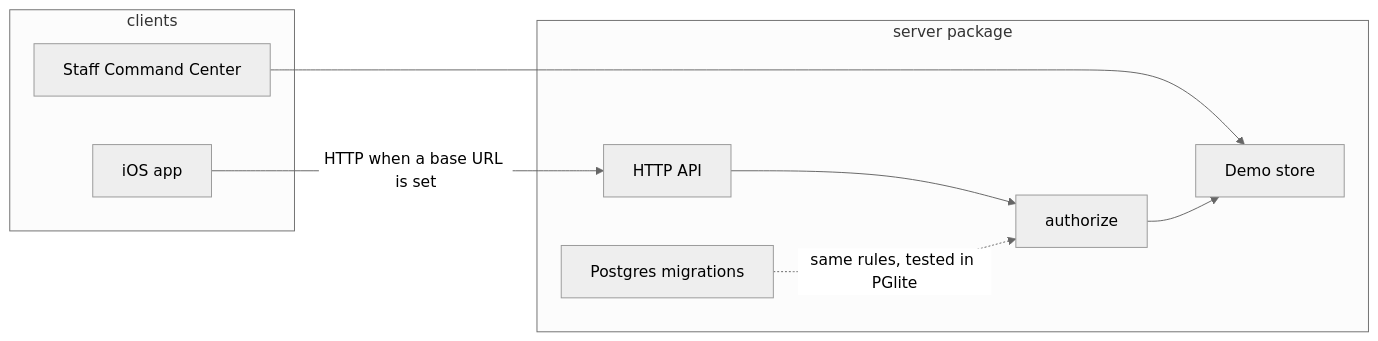
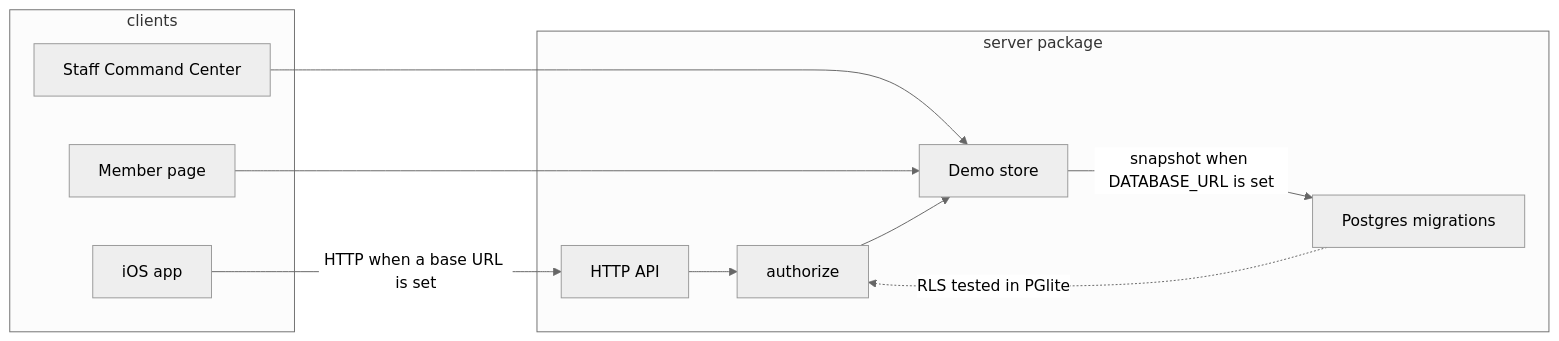
One commit to cinderandcrown/onehope-ios changed the diagram in ARCHITECTURE.md. Above: the diagram before and after it, drawn with Mermaid (neutral theme). The commit also changed other lines of this file and 27 other files, not shown here.

Commit message:
feat: persist the labeled demo in Postgres and add a member page

````diff
--- a/ARCHITECTURE.md
+++ b/ARCHITECTURE.md
@@ -3,18 +3,21 @@
 ```mermaid
 flowchart LR
   subgraph clients
     Phone[iOS app]
     Web[Staff Command Center]
+    Member[Member page]
   end
   subgraph server [server package]
     API[HTTP API]
     Rules[authorize]
     Store[Demo store]
     SQL[Postgres migrations]
   end
   Phone -->|HTTP when a base URL is set| API
   Web --> Store
+  Member --> Store
   API --> Rules
   Rules --> Store
-  SQL -.->|same rules, tested in PGlite| Rules
+  Store -->|snapshot when DATABASE_URL is set| SQL
+  SQL -.->|RLS tested in PGlite| Rules
 ```
````
